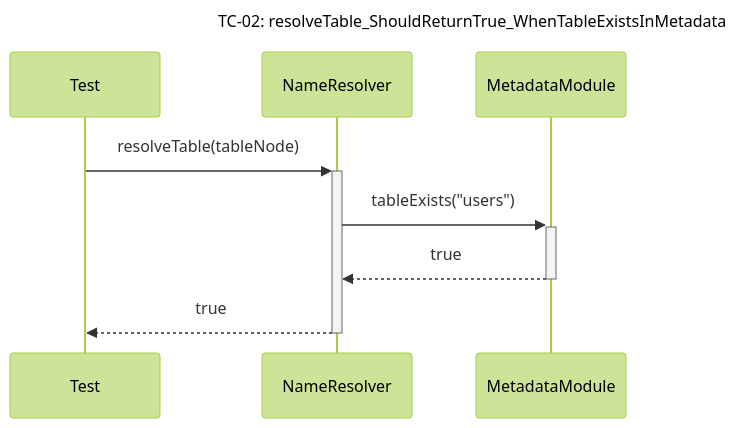
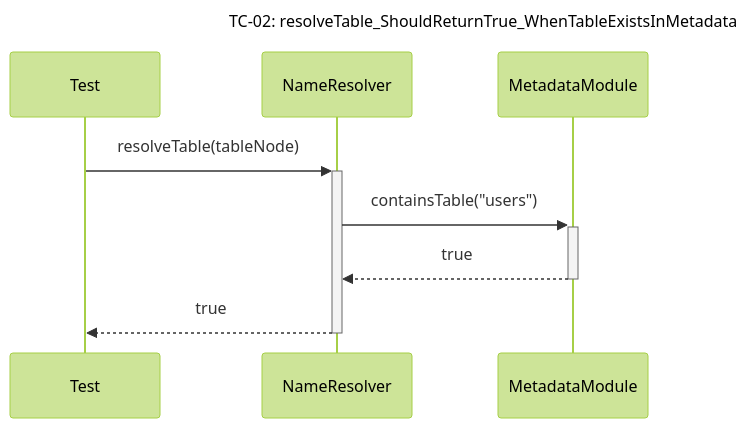
The sixth of 24 diagrams in docs/unit_test/query_prossor/SequeceTestCase.md (Dikhang1112/Database_Management_BBV), drawn with Mermaid (forest theme) before and after one commit. The commit also changed other lines of this file and 16 other files, not shown here.

````diff
--- a/docs/unit_test/query_prossor/SequeceTestCase.md
+++ b/docs/unit_test/query_prossor/SequeceTestCase.md
@@ -96,12 +93,12 @@
 ```mermaid
 sequenceDiagram
     title TC-02: resolveTable_ShouldReturnTrue_WhenTableExistsInMetadata
     participant Test
     participant NameResolver
     participant MetadataModule
 
     Test->>+NameResolver: resolveTable(tableNode)
-    NameResolver->>+MetadataModule: tableExists("users")
+    NameResolver->>+MetadataModule: containsTable("users")
     MetadataModule-->>-NameResolver: true
     NameResolver-->>-Test: true
 ```
````
